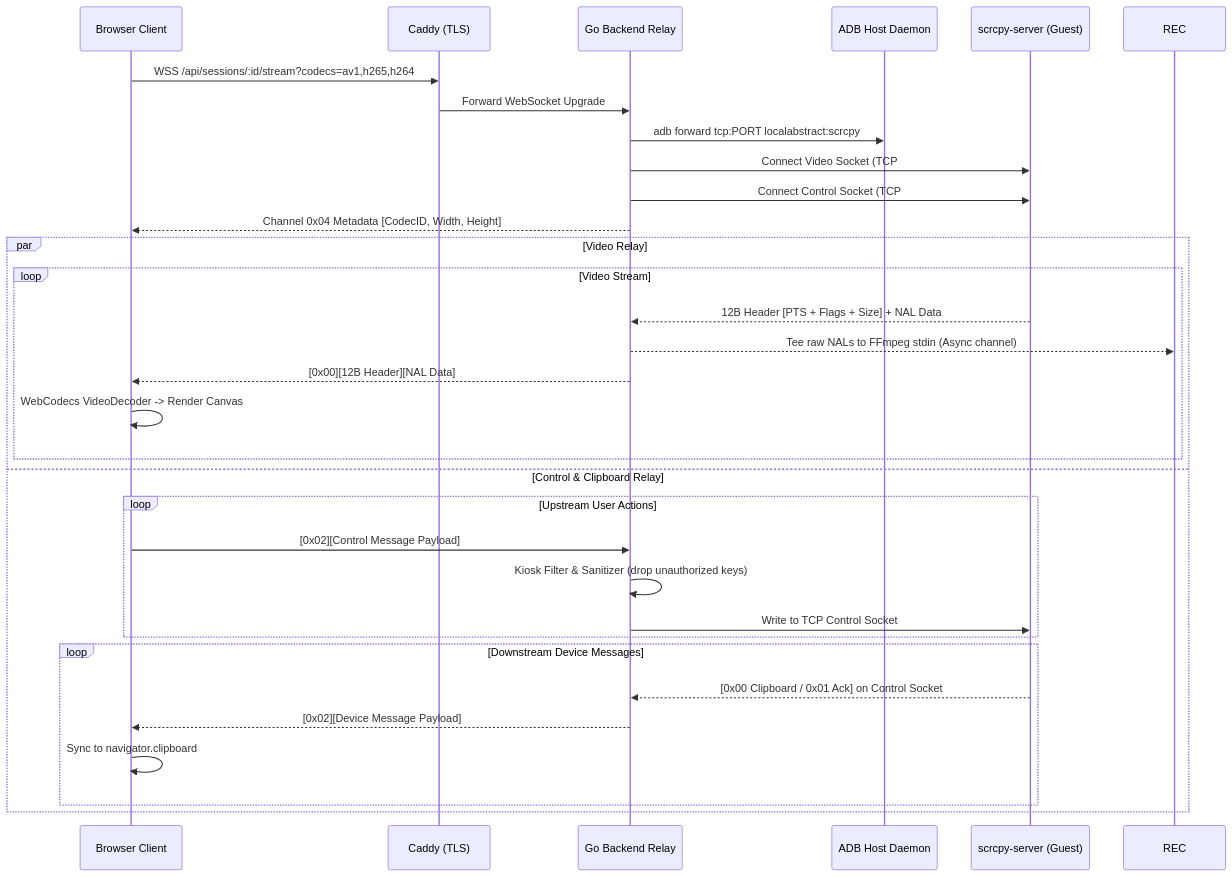
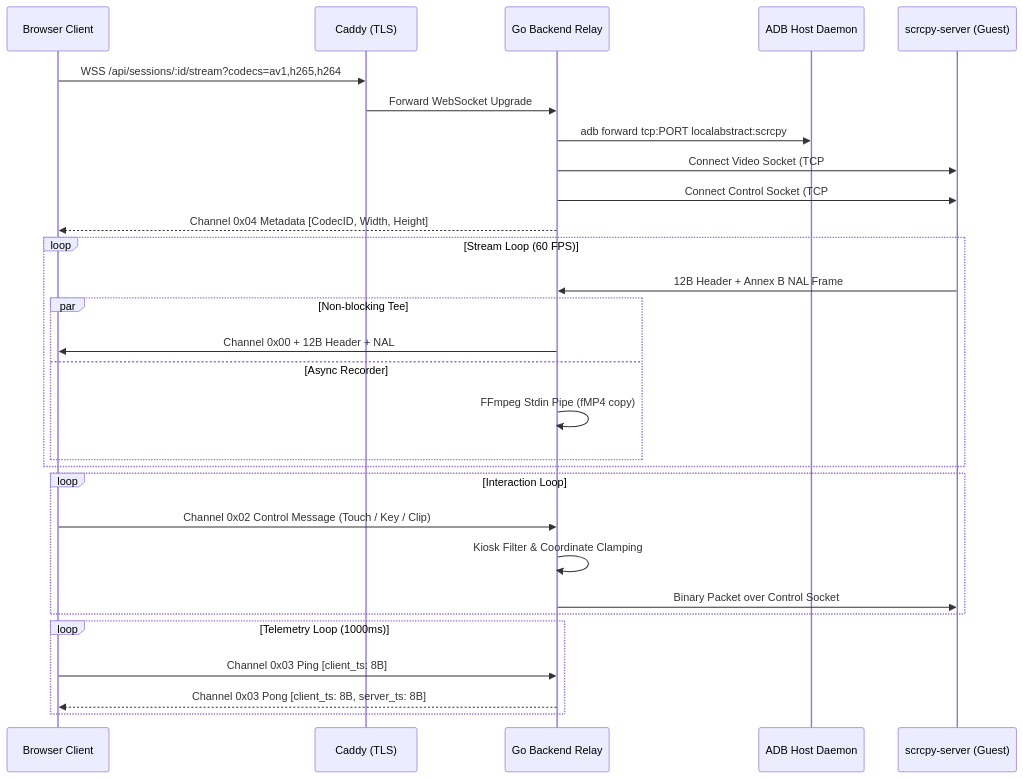
Before and after one commit to ayush-yadavv/android-browser-stream: the second of 4 diagrams in IMPLEMENTATION_PLAN.md, drawn with Mermaid. The commit also changed other lines of this file and 16 other files, not shown here.

First line of the commit message:
Refactor architecture documentation and enhance session management features

````diff
--- a/IMPLEMENTATION_PLAN.md
+++ b/IMPLEMENTATION_PLAN.md
@@ -106,35 +168,35 @@
 ```mermaid
 sequenceDiagram
     participant Browser as Browser Client
     participant Caddy as Caddy (TLS)
     participant Go as Go Backend Relay
     participant ADB as ADB Host Daemon
     participant Scrcpy as scrcpy-server (Guest)
 
     Browser->>Caddy: WSS /api/sessions/:id/stream?codecs=av1,h265,h264
     Caddy->>Go: Forward WebSocket Upgrade
     Go->>ADB: adb forward tcp:PORT localabstract:scrcpy
     Go->>Scrcpy: Connect Video Socket (TCP #1)
     Go->>Scrcpy: Connect Control Socket (TCP #2)
     Go-->>Browser: Channel 0x04 Metadata [CodecID, Width, Height]
     
-    par Video Relay
-        loop Video Stream
-            Scrcpy-->>Go: 12B Header [PTS + Flags + Size] + NAL Data
-            Go-->>REC: Tee raw NALs to FFmpeg stdin (Async channel)
-            Go-->>Browser: [0x00][12B Header][NAL Data]
-            Browser->>Browser: WebCodecs VideoDecoder -> Render Canvas
-        end
-    and Control & Clipboard Relay
-        loop Upstream User Actions
-            Browser->>Go: [0x02][Control Message Payload]
-            Go->>Go: Kiosk Filter & Sanitizer (drop unauthorized keys)
-            Go->>Scrcpy: Write to TCP Control Socket
-        end
-        loop Downstream Device Messages
-            Scrcpy-->>Go: [0x00 Clipboard / 0x01 Ack] on Control Socket
-            Go-->>Browser: [0x02][Device Message Payload]
-            Browser->>Browser: Sync to navigator.clipboard
+    loop Stream Loop (60 FPS)
+        Scrcpy->>Go: 12B Header + Annex B NAL Frame
+        par Non-blocking Tee
+            Go->>Browser: Channel 0x00 + 12B Header + NAL
+        and Async Recorder
+            Go->>Go: FFmpeg Stdin Pipe (fMP4 copy)
         end
     end
+
+    loop Interaction Loop
+        Browser->>Go: Channel 0x02 Control Message (Touch / Key / Clip)
+        Go->>Go: Kiosk Filter & Coordinate Clamping
+        Go->>Scrcpy: Binary Packet over Control Socket
+    end
+
+    loop Telemetry Loop (1000ms)
+        Browser->>Go: Channel 0x03 Ping [client_ts: 8B]
+        Go-->>Browser: Channel 0x03 Pong [client_ts: 8B, server_ts: 8B]
+    end
 ```
````
